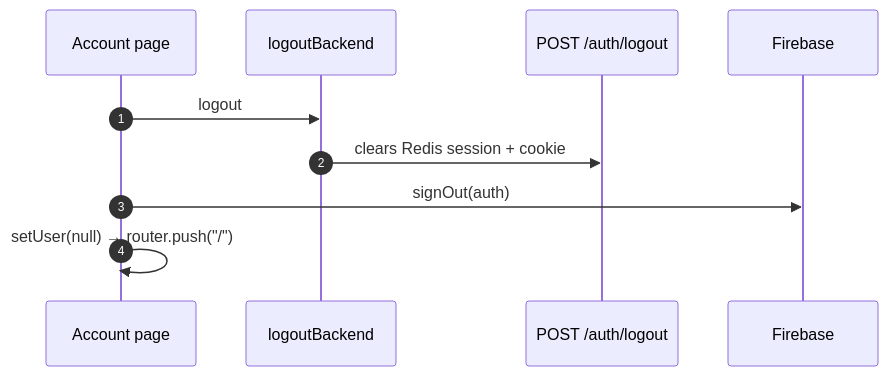
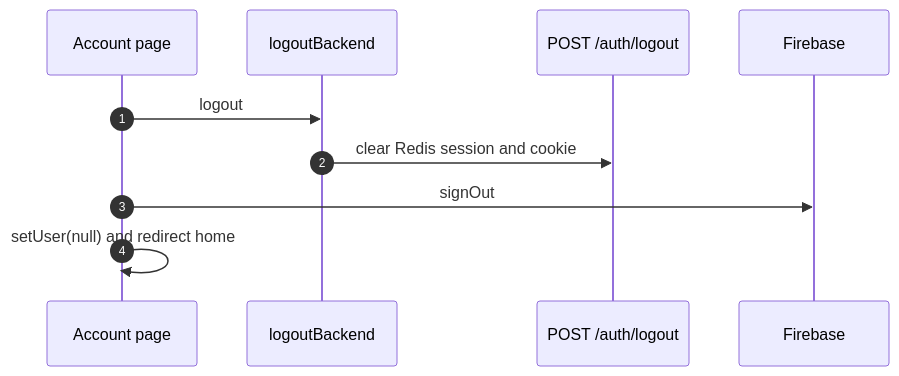
The eighth of 8 diagrams in docs/ARCHITECTURE.md (darklight9911/Hall_Canteen_Frontend), drawn with Mermaid before and after one commit. The commit also changed other lines of this file, not shown here.

First line of the commit message:
docs: use only use-case, activity, and sequence diagrams

````diff
--- a/docs/ARCHITECTURE.md
+++ b/docs/ARCHITECTURE.md
@@ -290,12 +253,12 @@
 ```mermaid
 sequenceDiagram
     autonumber
     participant A as Account page
     participant API as logoutBackend
     participant BE as POST /auth/logout
     participant FB as Firebase
     A->>API: logout
-    API->>BE: clears Redis session + cookie
-    A->>FB: signOut(auth)
-    A->>A: setUser(null) → router.push("/")
+    API->>BE: clear Redis session and cookie
+    A->>FB: signOut
+    A->>A: setUser(null) and redirect home
 ```
````
